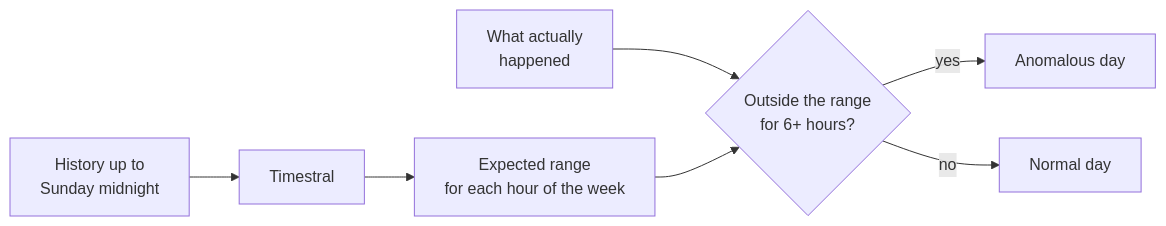
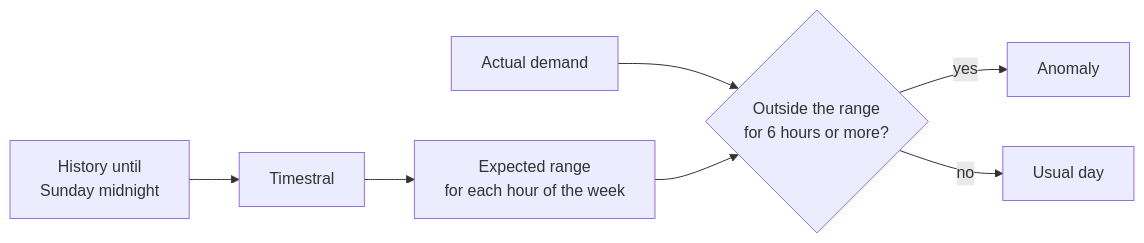
The third of 3 diagrams in README.md (mourjo/zero-shot-forecasting), drawn with Mermaid before and after one commit. The commit also changed other lines of this file, not shown here.

````diff
--- a/README.md
+++ b/README.md
@@ -153,9 +178,9 @@
 ```mermaid
 flowchart LR
-    H["History up to<br/>Sunday midnight"] --> T["Timestral"]
+    H["History until<br/>Sunday midnight"] --> T["Timestral"]
     T --> R["Expected range<br/>for each hour of the week"]
-    A["What actually<br/>happened"] --> C{"Outside the range<br/>for 6+ hours?"}
+    A["Actual demand"] --> C{"Outside the range<br/>for 6 hours or more?"}
     R --> C
-    C -- "yes" --> X["Anomalous day"]
-    C -- "no" --> N["Normal day"]
+    C -- "yes" --> X["Anomaly"]
+    C -- "no" --> N["Usual day"]
 ```
````
